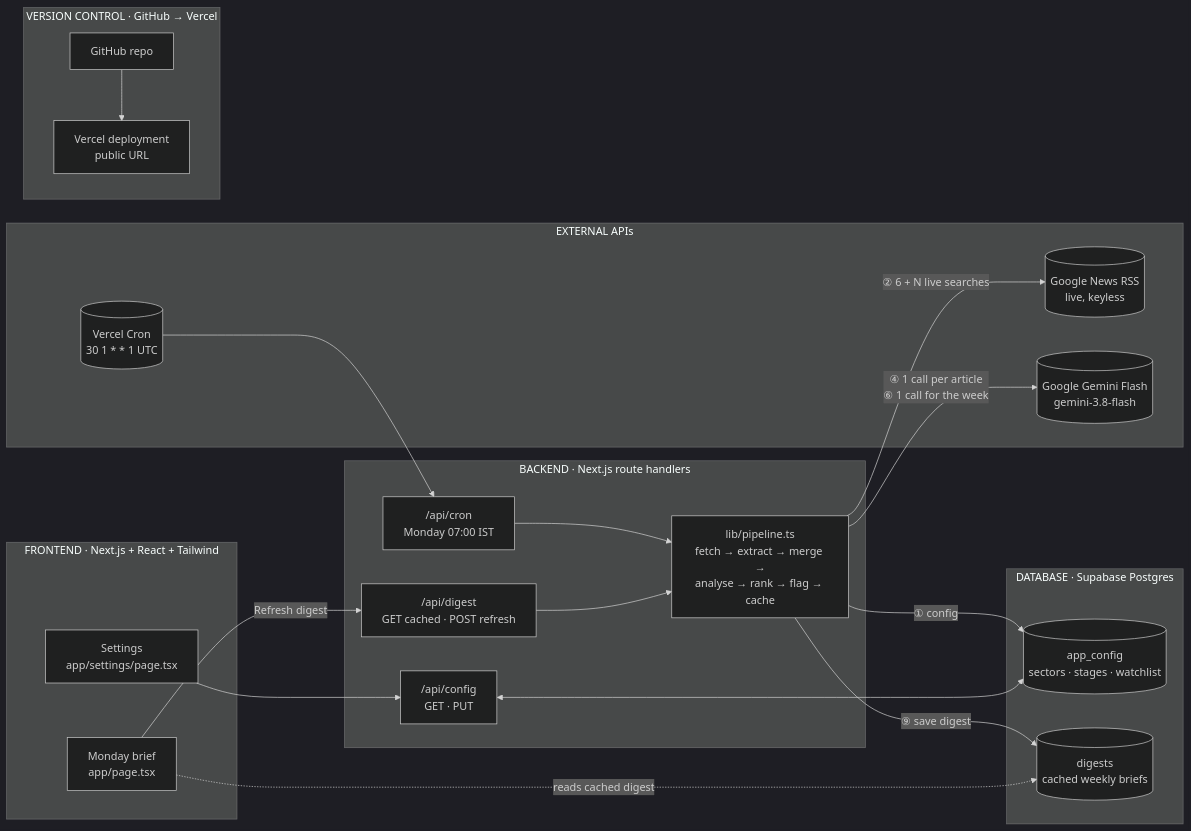
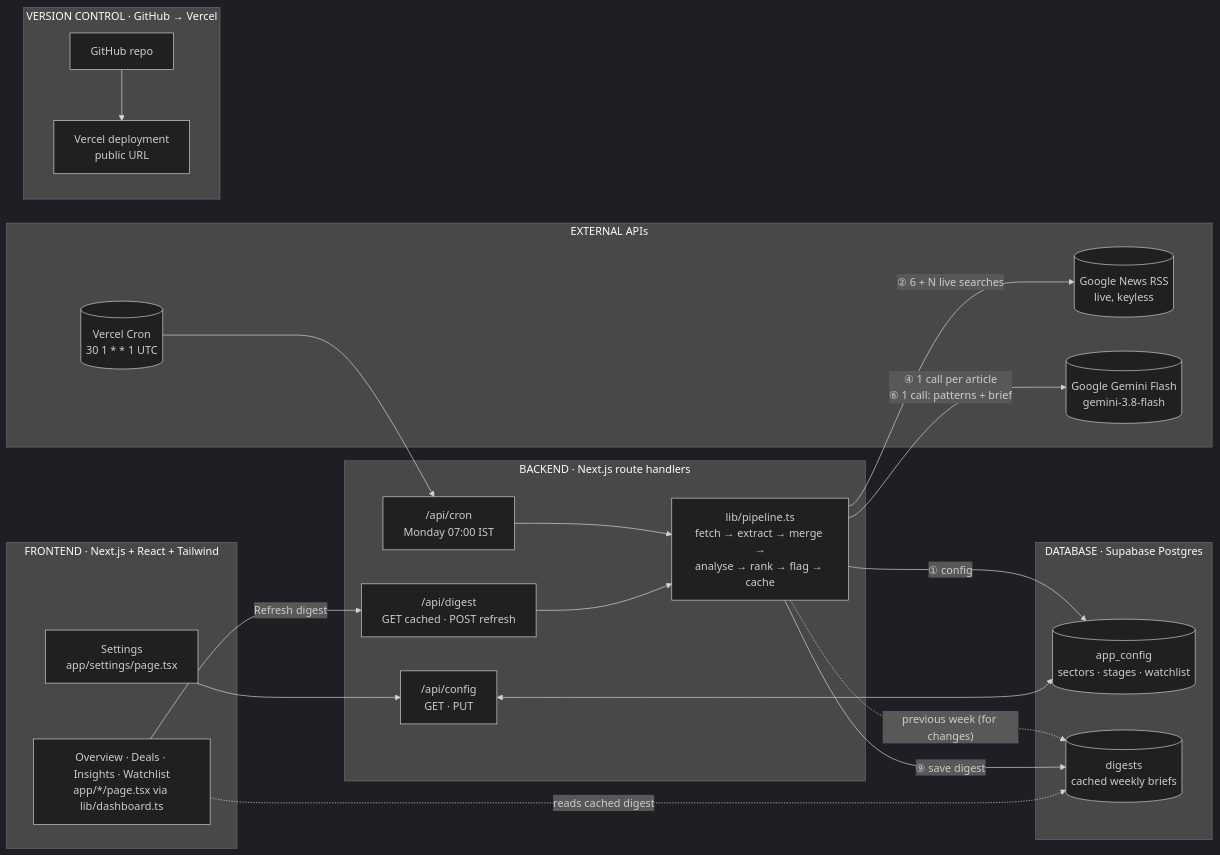
Before and after one commit to Shloka51/startup-funding-pulse: the diagram in COMPONENTS_MAP.md, drawn with Mermaid (dark theme). The commit also changed other lines of this file and 39 other files, not shown here.

````diff
--- a/COMPONENTS_MAP.md
+++ b/COMPONENTS_MAP.md
@@ -28,41 +28,42 @@
 ```mermaid
 flowchart LR
     subgraph FE["FRONTEND · Next.js + React + Tailwind"]
-        Page["Monday brief<br/>app/page.tsx"]
+        Page["Overview · Deals · Insights · Watchlist<br/>app/*/page.tsx via lib/dashboard.ts"]
         Settings["Settings<br/>app/settings/page.tsx"]
     end
 
     subgraph BE["BACKEND · Next.js route handlers"]
         DigestAPI["/api/digest<br/>GET cached · POST refresh"]
         ConfigAPI["/api/config<br/>GET · PUT"]
         CronAPI["/api/cron<br/>Monday 07:00 IST"]
         Pipeline["lib/pipeline.ts<br/>fetch → extract → merge →<br/>analyse → rank → flag → cache"]
     end
 
     subgraph EXT["EXTERNAL APIs"]
         News[("Google News RSS<br/>live, keyless")]
         Gemini[("Google Gemini Flash<br/>gemini-3.8-flash")]
         Cron[("Vercel Cron<br/>30 1 * * 1 UTC")]
     end
 
     subgraph DB["DATABASE · Supabase Postgres"]
         ConfigT[("app_config<br/>sectors · stages · watchlist")]
         DigestT[("digests<br/>cached weekly briefs")]
     end
 
     Page -- "Refresh digest" --> DigestAPI
     Page -. "reads cached digest" .-> DigestT
     Settings --> ConfigAPI
     ConfigAPI <--> ConfigT
     Cron --> CronAPI
     DigestAPI --> Pipeline
     CronAPI --> Pipeline
     Pipeline -- "① config" --> ConfigT
     Pipeline -- "② 6 + N live searches" --> News
-    Pipeline -- "④ 1 call per article<br/>⑥ 1 call for the week" --> Gemini
+    Pipeline -- "④ 1 call per article<br/>⑥ 1 call: patterns + brief" --> Gemini
     Pipeline -- "⑨ save digest" --> DigestT
+    Pipeline -. "previous week (for changes)" .-> DigestT
 
     subgraph VC["VERSION CONTROL · GitHub → Vercel"]
         Repo["GitHub repo"] --> Deploy["Vercel deployment<br/>public URL"]
     end
 ```
````
